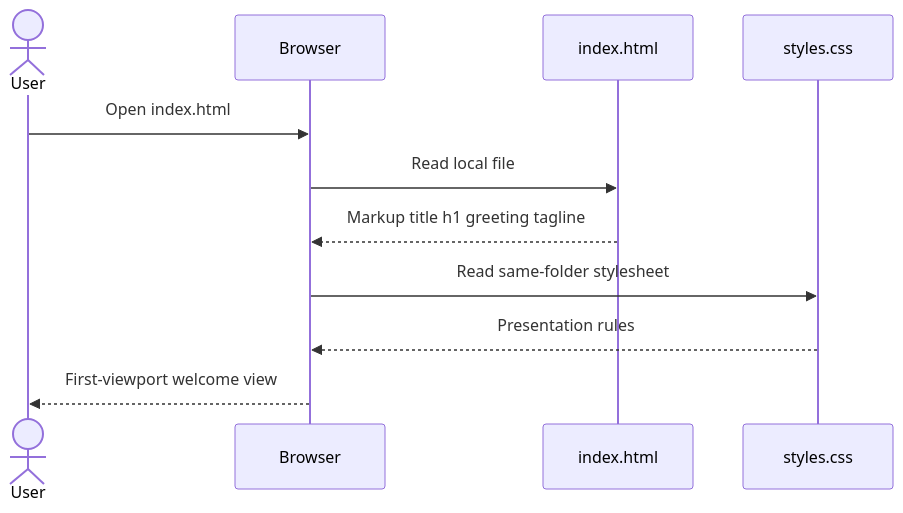
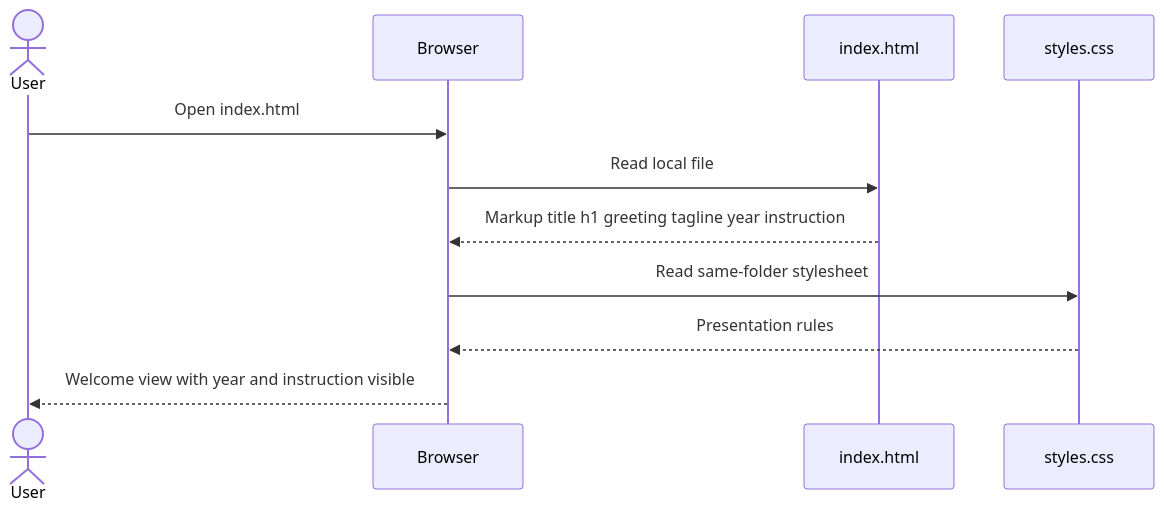
One commit to KBSHari/Cursor-agents changed the third of 4 diagrams in plans/hari-agents/architecture.md. Above: the diagram before and after it, drawn with Mermaid. The commit also changed other lines of this file and 9 other files, not shown here.

````diff
--- a/plans/hari-agents/architecture.md
+++ b/plans/hari-agents/architecture.md
@@ -210,14 +221,14 @@
 ```mermaid
 sequenceDiagram
     actor User
     participant Browser
     participant HTML as index.html
     participant CSS as styles.css
 
     User->>Browser: Open index.html
     Browser->>HTML: Read local file
-    HTML-->>Browser: Markup title h1 greeting tagline
+    HTML-->>Browser: Markup title h1 greeting tagline year instruction
     Browser->>CSS: Read same-folder stylesheet
     CSS-->>Browser: Presentation rules
-    Browser-->>User: First-viewport welcome view
+    Browser-->>User: Welcome view with year and instruction visible
 ```
````
